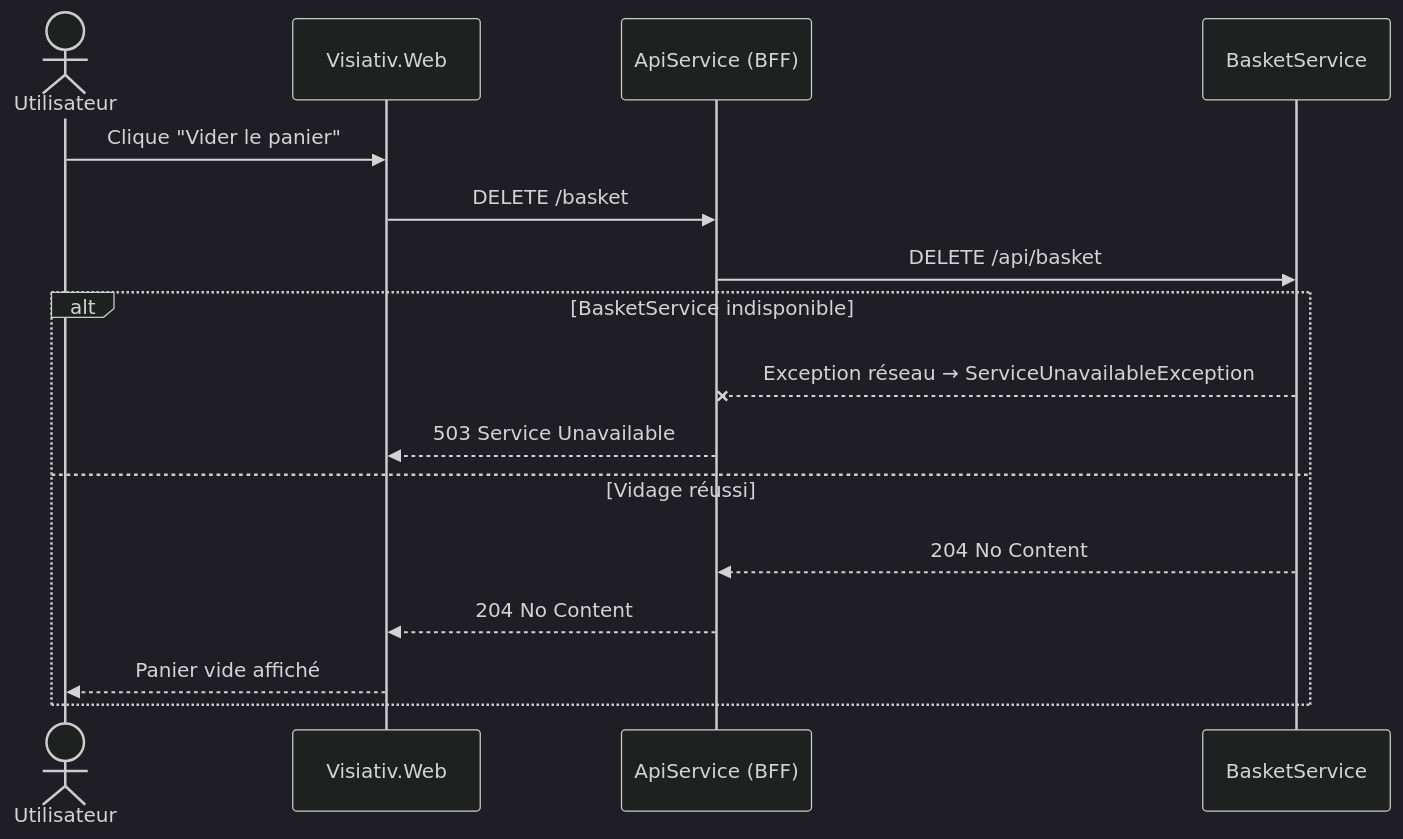
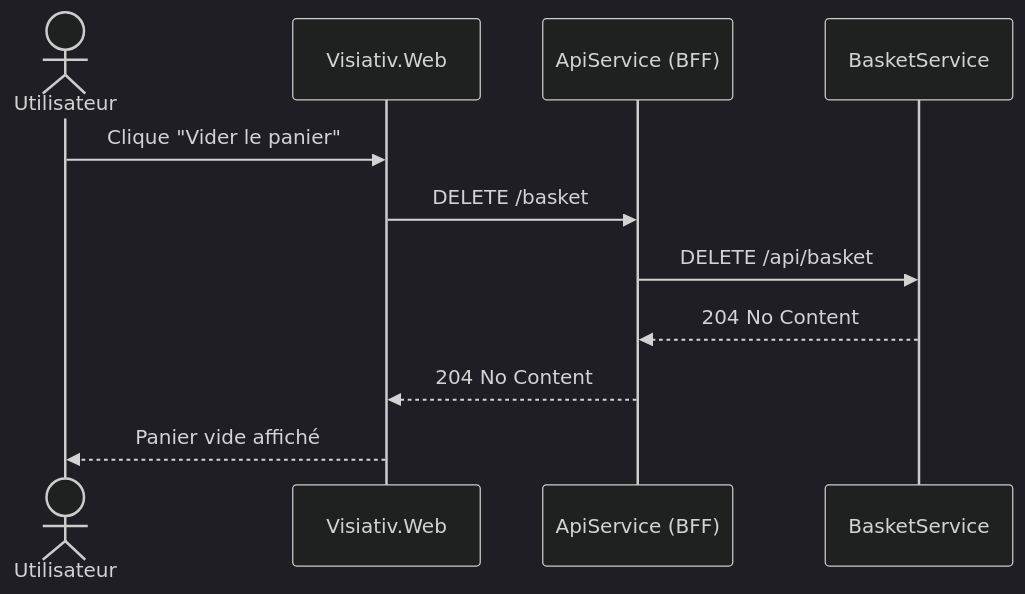
Before and after one commit to GreYak/Visiativ: the sixth of 6 diagrams in docs/2_architecture.md, drawn with Mermaid (dark theme). The commit also changed other lines of this file, not shown here.

Commit message:
Correction diagrammes de séquences

````diff
--- a/docs/2_architecture.md
+++ b/docs/2_architecture.md
@@ -252,21 +193,14 @@
 ```mermaid
 sequenceDiagram
     actor User as Utilisateur
     participant Web as Visiativ.Web
     participant BFF as ApiService (BFF)
     participant Bas as BasketService
 
     User->>Web: Clique "Vider le panier"
     Web->>BFF: DELETE /basket
     BFF->>Bas: DELETE /api/basket
-
-    alt BasketService indisponible
-        Bas--xBFF: Exception réseau → ServiceUnavailableException
-        BFF-->>Web: 503 Service Unavailable
-
-    else Vidage réussi
-        Bas-->>BFF: 204 No Content
-        BFF-->>Web: 204 No Content
-        Web-->>User: Panier vide affiché
-    end
+    Bas-->>BFF: 204 No Content
+    BFF-->>Web: 204 No Content
+    Web-->>User: Panier vide affiché
 ```
````
